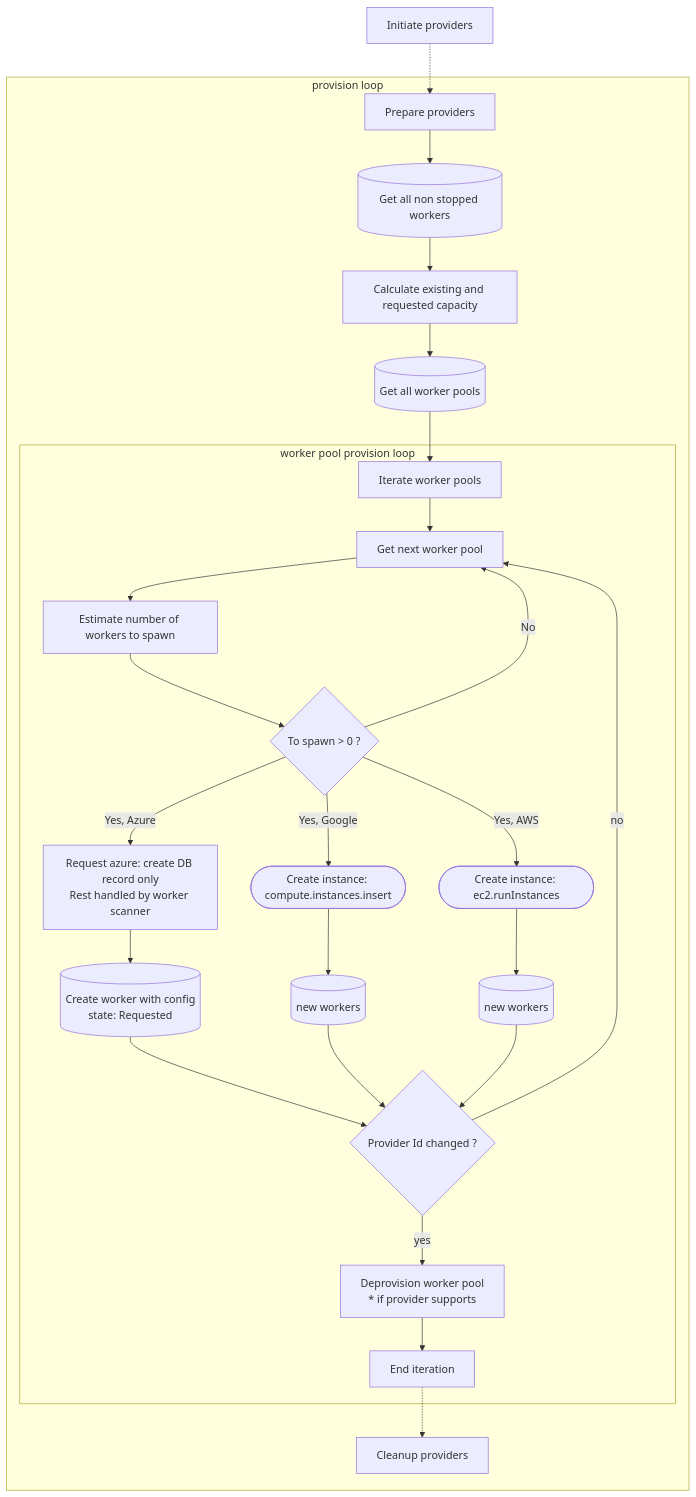
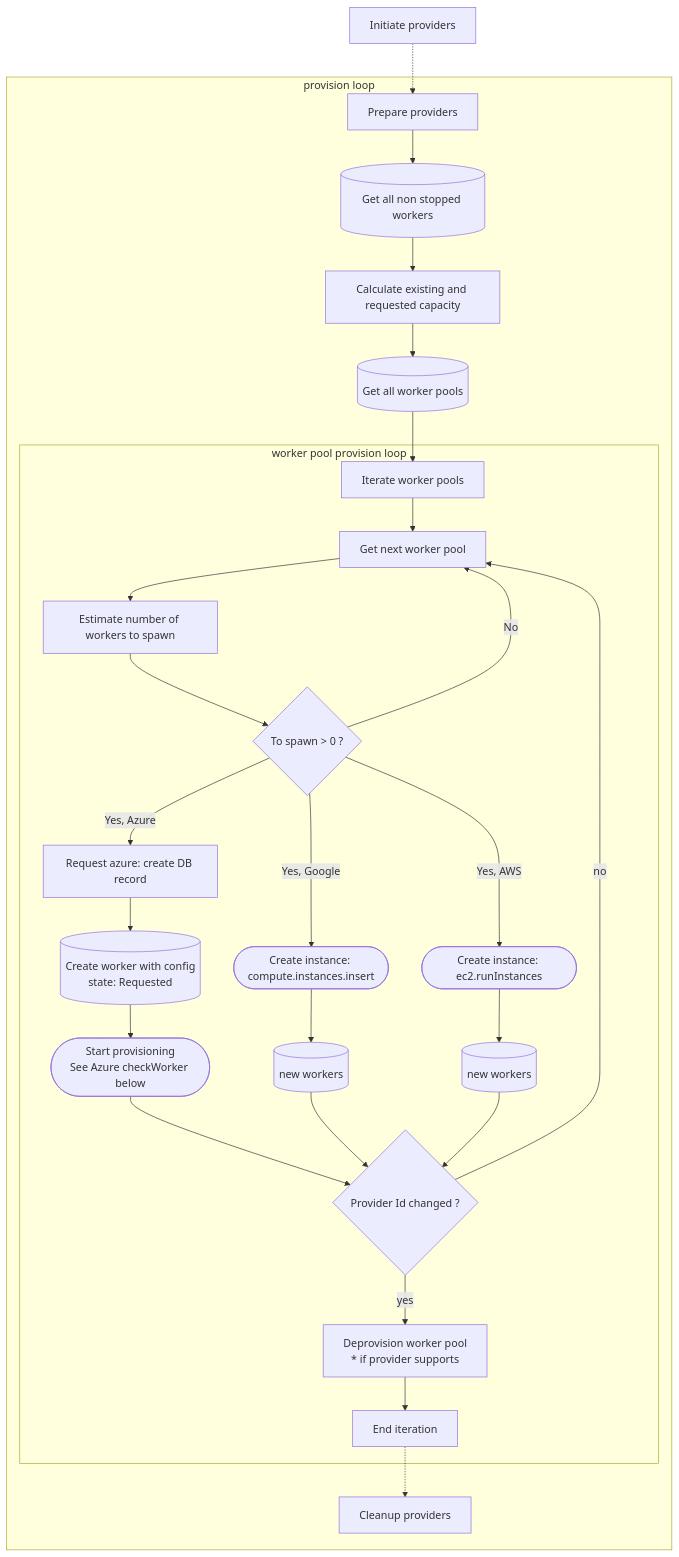
The second of 8 diagrams in services/worker-manager/README.md (taskcluster/taskcluster), drawn with Mermaid before and after one commit. The commit also changed 3 other files, not shown here.

Commit message:
feat(worker-manager): Immediate worker provisioning for Azure

````diff
--- a/services/worker-manager/README.md
+++ b/services/worker-manager/README.md
@@ -82,36 +82,37 @@
 ```mermaid
 graph TD;
   initiateProviders[Initiate providers] -.-> prepareProviders
 
 subgraph provision loop
   prepareProviders[Prepare providers] --> queryWorkers
 
   queryWorkers[(Get all non stopped workers)] --> calcCapacity
   calcCapacity[Calculate existing and requested capacity] --> queryWorkerPools
   queryWorkerPools[(Get all worker pools)] --> poolIterateStart
 
   subgraph worker pool provision loop
     poolIterateStart[Iterate worker pools] --> takeWorkerPool
     takeWorkerPool[Get next worker pool] --> estimator
     estimator[Estimate number of workers to spawn] --> hasToSpawn{To spawn > 0 ?}
-    hasToSpawn -- Yes, Azure --> requestAzure[Request azure: create DB record only<br>Rest handled by worker scanner]
-    requestAzure --> requestWorker[(Create worker with config <br>state: Requested)]
+    hasToSpawn -- Yes, Azure --> requestAzure[Request azure: create DB record]
+    requestAzure --> checkWorker[(Create worker with config <br>state: Requested)]
+    checkWorker --> requestWorker([Start provisioning<br>See Azure checkWorker below])
     hasToSpawn -- Yes, Google --> requestGoogle([Create instance: compute.instances.insert])
     requestGoogle --> createWorker1[(new workers)]
     hasToSpawn -- Yes, AWS --> requestAWS([Create instance: ec2.runInstances])
     requestAWS --> createWorker2[(new workers)]
 
     hasToSpawn -- No --> takeWorkerPool
 
     requestWorker --> hasPreviousProviderIds{Provider Id changed ?}
     createWorker1 --> hasPreviousProviderIds{Provider Id changed ?}
     createWorker2 --> hasPreviousProviderIds{Provider Id changed ?}
 
     hasPreviousProviderIds -- yes --> deprovisionPool[Deprovision worker pool<br> * if provider supports]
     hasPreviousProviderIds -- no --> takeWorkerPool
     deprovisionPool --> poolIterateStop[End iteration]
   end
 
   poolIterateStop -.-> cleanupProviders[Cleanup providers]
 end
 ```
````
